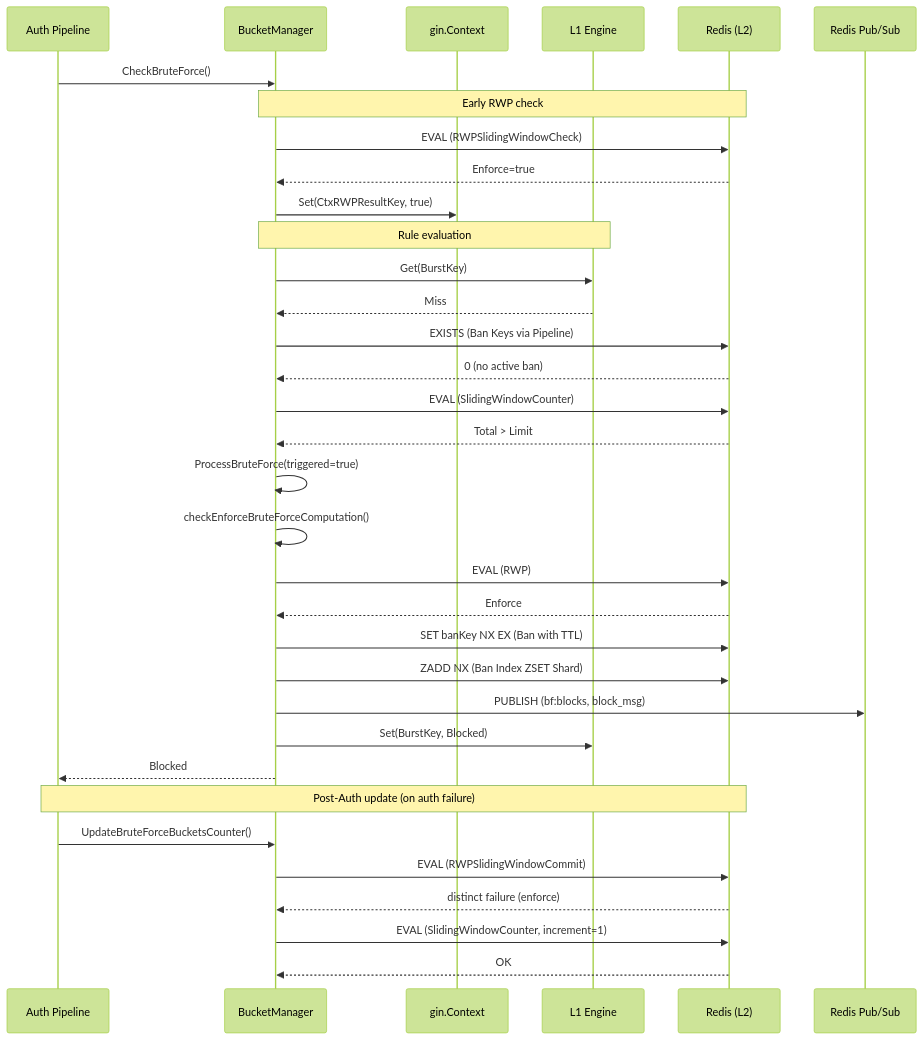
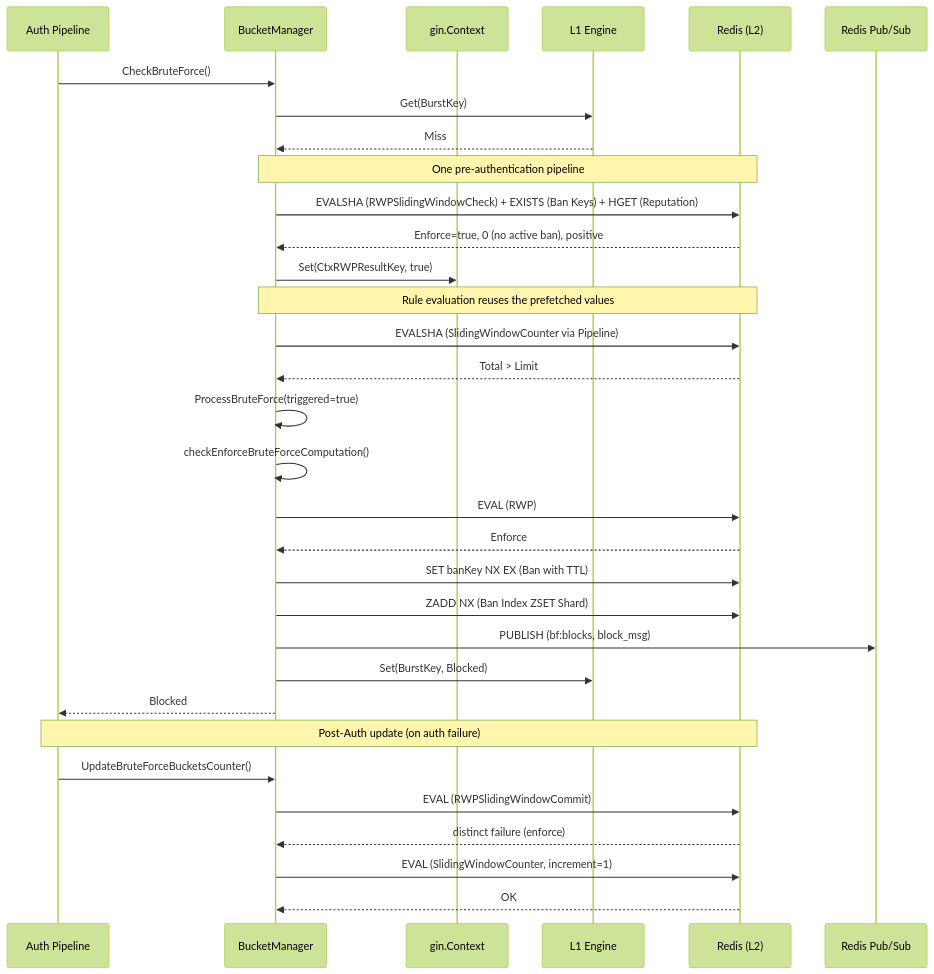
One commit to croessner/nauthilus changed the third of 3 diagrams in server/docs/bruteforce_protection.md. Above: the diagram before and after it, drawn with Mermaid (forest theme). The commit also changed other lines of this file and 8 other files, not shown here.

First line of the commit message:
Change: Fetch the pre-authentication brute-force state in one pipeline

````diff
--- a/server/docs/bruteforce_protection.md
+++ b/server/docs/bruteforce_protection.md
@@ -185,37 +197,35 @@
 ```mermaid
 sequenceDiagram
     participant C as Auth Pipeline
     participant BM as BucketManager
     participant Ctx as gin.Context
     participant L1 as L1 Engine
     participant R as Redis (L2)
     participant PS as Redis Pub/Sub
 
     C->>BM: CheckBruteForce()
-    Note over BM, R: Early RWP check
-    BM ->> R: EVAL (RWPSlidingWindowCheck)
-    R -->> BM: Enforce=true
-    BM ->> Ctx: Set(CtxRWPResultKey, true)
-    Note over BM, L1: Rule evaluation
     BM->>L1: Get(BurstKey)
     L1-->>BM: Miss
-    BM ->> R: EXISTS (Ban Keys via Pipeline)
-    R -->> BM: 0 (no active ban)
-    BM->>R: EVAL (SlidingWindowCounter)
+    Note over BM, R: One pre-authentication pipeline
+    BM ->> R: EVALSHA (RWPSlidingWindowCheck) + EXISTS (Ban Keys) + HGET (Reputation)
+    R -->> BM: Enforce=true, 0 (no active ban), positive
+    BM ->> Ctx: Set(CtxRWPResultKey, true)
+    Note over BM, R: Rule evaluation reuses the prefetched values
+    BM->>R: EVALSHA (SlidingWindowCounter via Pipeline)
     R-->>BM: Total > Limit
     BM->>BM: ProcessBruteForce(triggered=true)
     BM->>BM: checkEnforceBruteForceComputation()
     BM ->> R: EVAL (RWP)
     R-->>BM: Enforce
     BM ->> R: SET banKey NX EX (Ban with TTL)
     BM ->> R: ZADD NX (Ban Index ZSET Shard)
     BM->>PS: PUBLISH (bf:blocks, block_msg)
     BM->>L1: Set(BurstKey, Blocked)
     BM-->>C: Blocked
     Note over C, R: Post-Auth update (on auth failure)
     C ->> BM: UpdateBruteForceBucketsCounter()
     BM ->> R: EVAL (RWPSlidingWindowCommit)
     R -->> BM: distinct failure (enforce)
     BM ->> R: EVAL (SlidingWindowCounter, increment=1)
     R -->> BM: OK
 ```
````
